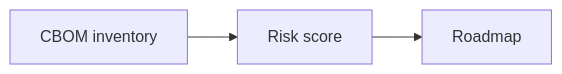
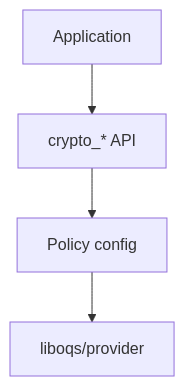
Before and after one commit to kalyogyogi-ui/Ai-check-: the second of 2 diagrams in manuscript/chapters/19-migration-strategies.md, drawn with Mermaid. The commit also changed other lines of this file and 31 other files, not shown here.

First line of the commit message:
Fix figure placement: in-section after intro text, repair corrupted headings

````diff
--- a/manuscript/chapters/19-migration-strategies.md
+++ b/manuscript/chapters/19-migration-strategies.md
@@ -40,5 +211,6 @@
 ```mermaid
-flowchart LR
-  CBOM[CBOM inventory] --> RISK[Risk score]
-  RISK --> ROAD[Roadmap]
+flowchart TB
+  APP[Application] --> API[crypto_* API]
+  API --> CFG[Policy config]
+  CFG --> LIB[liboqs/provider]
 ```
````
